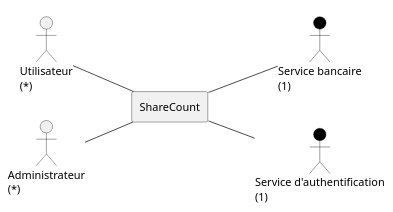
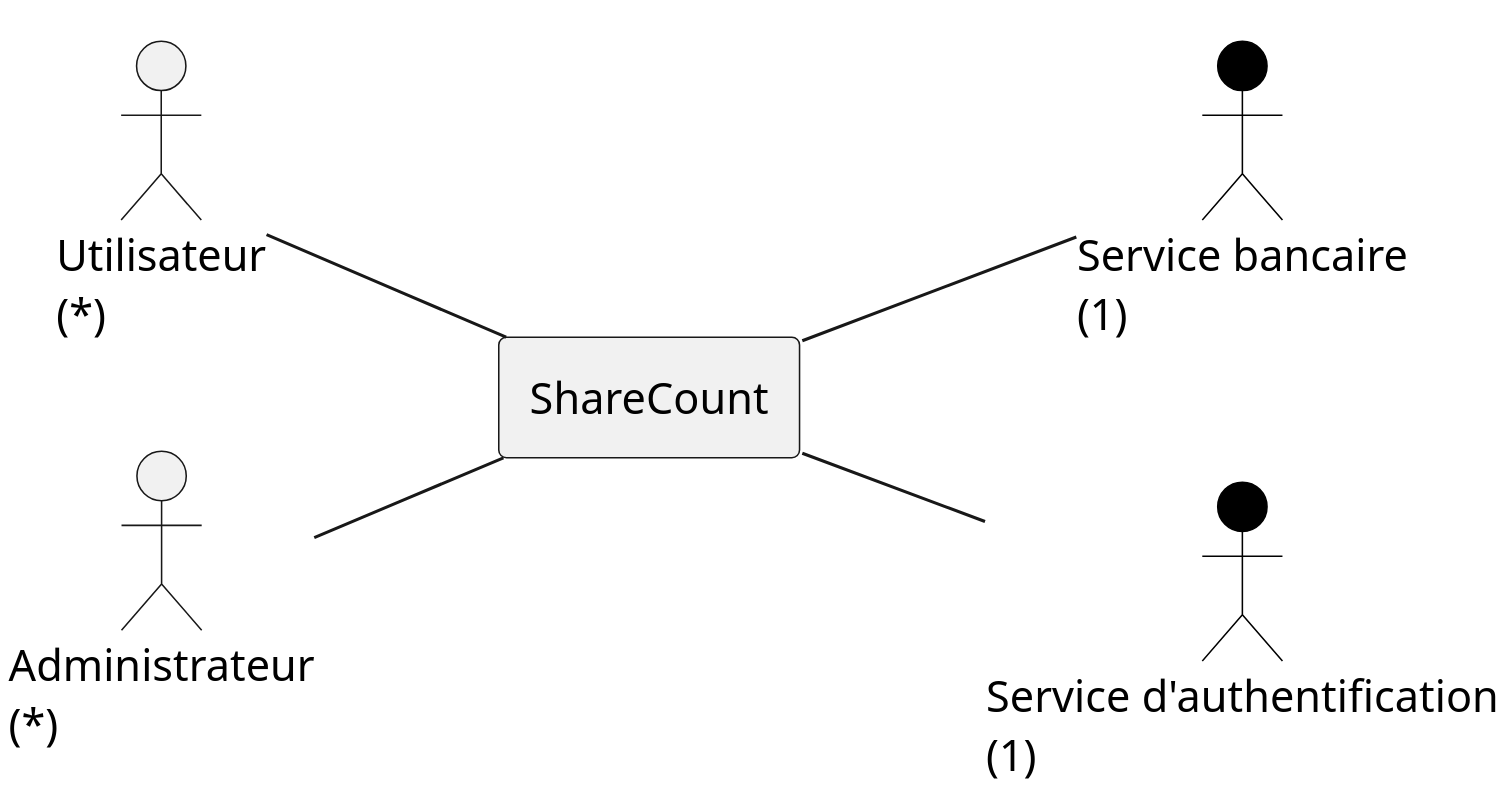
Before and after one commit to lmtb06/sharecount: the diagram in diagrammes/specification/contexte-statique/contexte-statique.puml, drawn with PlantUML. The commit also changed 13 other files, not shown here.

Commit message:
ajout de certains diagrammes de séquences pour les cas d'utilisation

```diff
--- a/diagrammes/specification/contexte-statique/contexte-statique.puml
+++ b/diagrammes/specification/contexte-statique/contexte-statique.puml
@@ -1,26 +1,29 @@
 @startuml "Diagramme de contexte statique"
+
+scale 1024 width
+scale 1024 height
 
 left to right direction
 
 skinparam actor {
 BackgroundColor<< externe >> Black
 BorderColor<< externe >> Black
 StereotypeFontSize<< externe >> 0
 }
 
 actor "Utilisateur\n(*)" as User
 
 actor "Administrateur\n(*)" as Admin
 
 actor "Service bancaire\n(1)" << externe >> as SB
 
 actor "Service d'authentification\n(1)" << externe >> as SA
 
 rectangle "ShareCount" as SC
 
 User -- SC
 Admin -- SC
 SC -- SB
 SC -- SA
 
 @enduml
```
